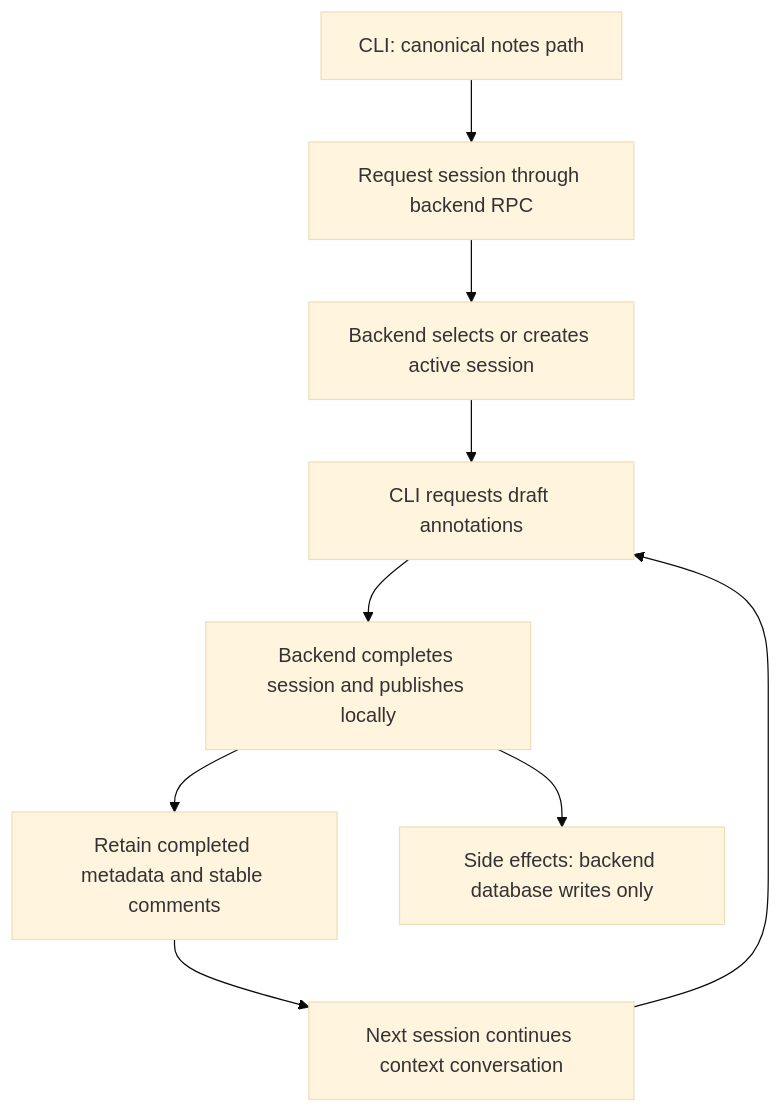
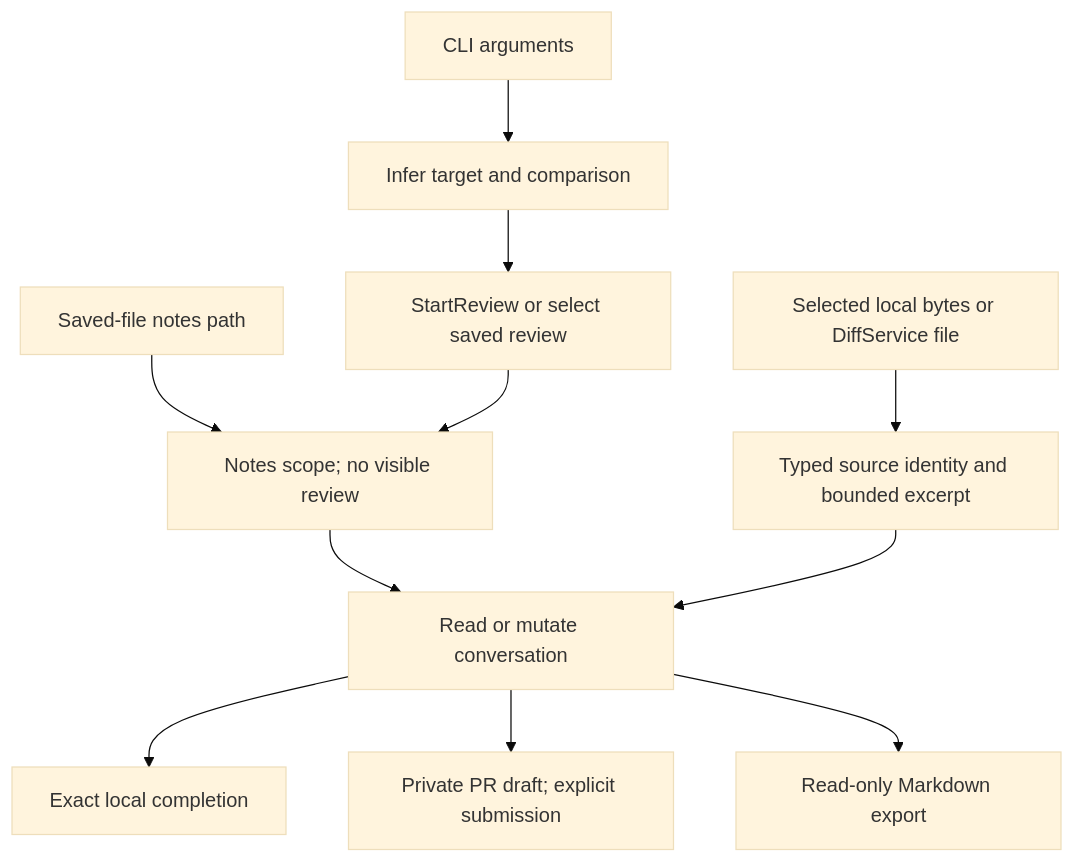
The second of 3 diagrams in docs/architecture/cli/index.md (difflab-io/lgtm), drawn with Mermaid (base theme) before and after one commit. The commit also changed other lines of this file and 132 other files, not shown here.

````diff
--- a/docs/architecture/cli/index.md
+++ b/docs/architecture/cli/index.md
@@ -75,11 +75,13 @@
 ```mermaid
 flowchart TD
-    P["CLI: canonical notes path"] --> RPC["Request session through backend RPC"]
-    RPC --> S["Backend selects or creates active session"]
-    S --> D["CLI requests draft annotations"]
-    D --> C["Backend completes session and publishes locally"]
-    C --> H["Retain completed metadata and stable comments"]
-    H --> N["Next session continues context conversation"]
-    N --> D
-    C --> E["Side effects: backend database writes only"]
+    Args["CLI arguments"] --> Target["Infer target and comparison"]
+    Target --> Start["StartReview or select saved review"]
+    File["Saved-file notes path"] --> Scope["Notes scope; no visible review"]
+    Start --> Scope
+    Scope --> Action["Read or mutate conversation"]
+    Content["Selected local bytes or DiffService file"] --> Evidence["Typed source identity and bounded excerpt"]
+    Evidence --> Action
+    Action --> Local["Exact local completion"]
+    Action --> PR["Private PR draft; explicit submission"]
+    Action --> Export["Read-only Markdown export"]
 ```
````
